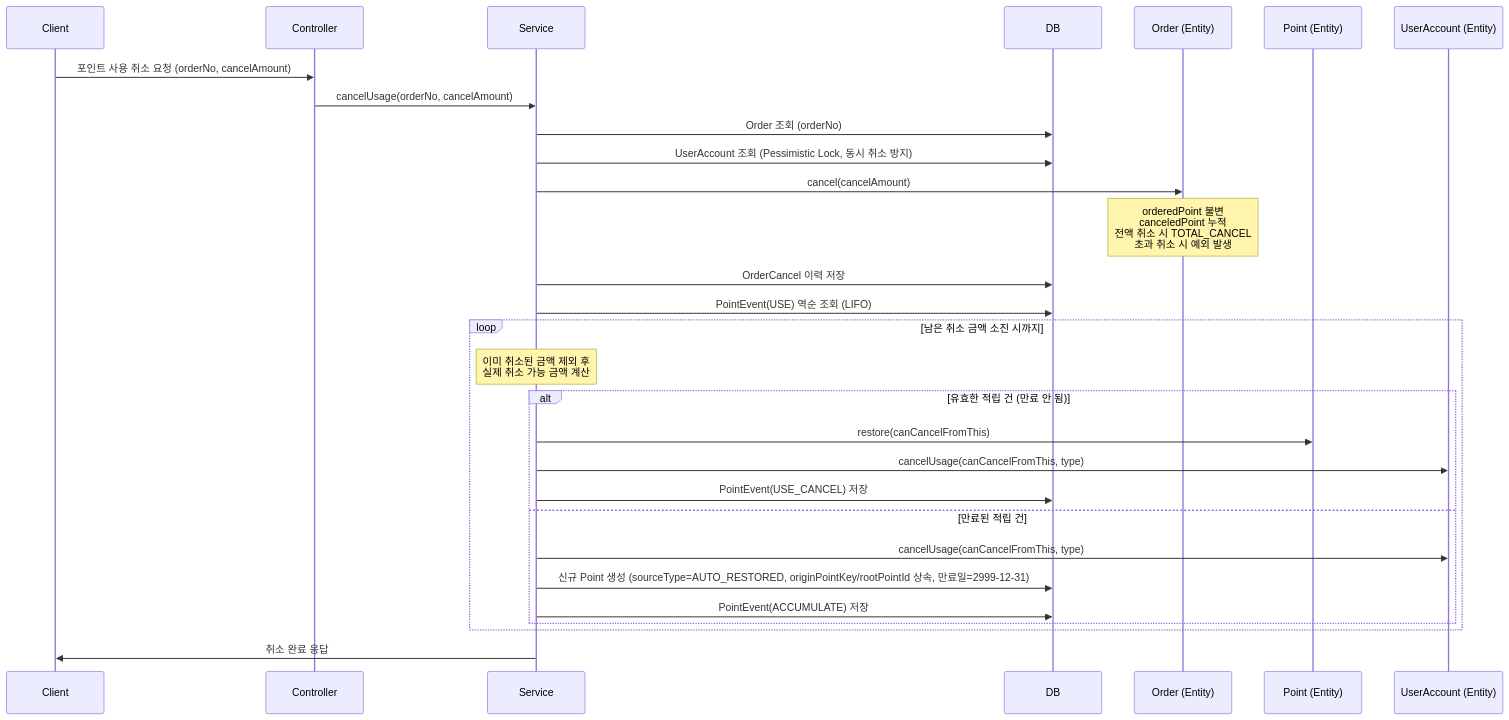
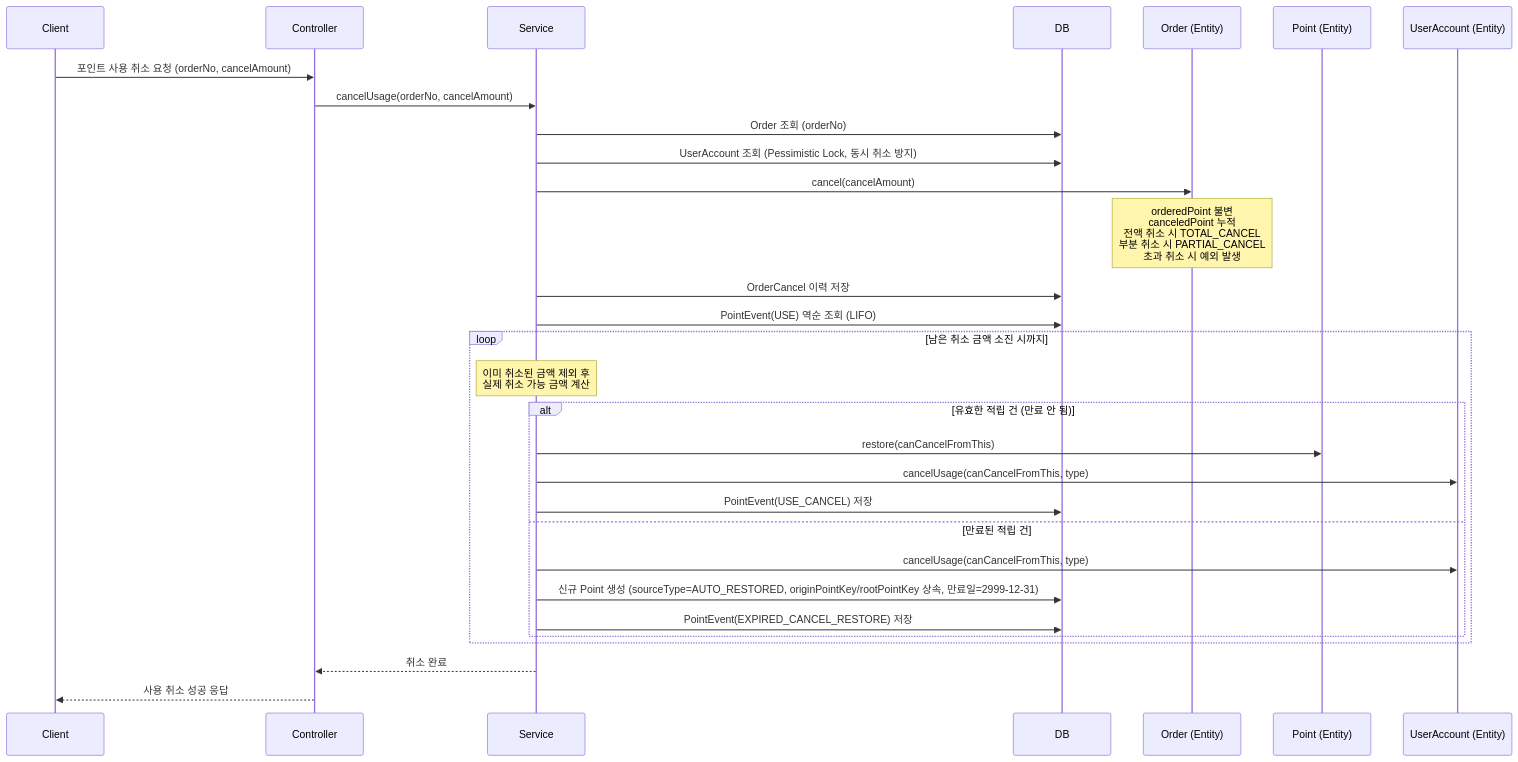
One commit to muzzaiwork/point changed the fourth of 4 diagrams in README.md. Above: the diagram before and after it, drawn with Mermaid. The commit also changed other lines of this file and 4 other files, not shown here.

Commit message:
docs: README 로직 불일치 수정 및 포인트 사용 응답에서 pointKey 제거

````diff
--- a/README.md
+++ b/README.md
@@ -540,39 +537,40 @@
 ```mermaid
 sequenceDiagram
     participant Client
     participant Controller
     participant Service
     participant DB
     participant OrderEntity as Order (Entity)
     participant PointEntity as Point (Entity)
     participant UserEntity as UserAccount (Entity)
 
     Client->>Controller: 포인트 사용 취소 요청 (orderNo, cancelAmount)
     Controller->>Service: cancelUsage(orderNo, cancelAmount)
 
     Service->>DB: Order 조회 (orderNo)
     Service->>DB: UserAccount 조회 (Pessimistic Lock, 동시 취소 방지)
 
     Service->>OrderEntity: cancel(cancelAmount)
-    Note over OrderEntity: orderedPoint 불변<br/>canceledPoint 누적<br/>전액 취소 시 TOTAL_CANCEL<br/>초과 취소 시 예외 발생
+    Note over OrderEntity: orderedPoint 불변<br/>canceledPoint 누적<br/>전액 취소 시 TOTAL_CANCEL<br/>부분 취소 시 PARTIAL_CANCEL<br/>초과 취소 시 예외 발생
 
     Service->>DB: OrderCancel 이력 저장
 
     Service->>DB: PointEvent(USE) 역순 조회 (LIFO)
 
     loop 남은 취소 금액 소진 시까지
         Note over Service: 이미 취소된 금액 제외 후<br/>실제 취소 가능 금액 계산
 
         alt 유효한 적립 건 (만료 안 됨)
             Service->>PointEntity: restore(canCancelFromThis)
             Service->>UserEntity: cancelUsage(canCancelFromThis, type)
             Service->>DB: PointEvent(USE_CANCEL) 저장
         else 만료된 적립 건
             Service->>UserEntity: cancelUsage(canCancelFromThis, type)
-            Service->>DB: 신규 Point 생성 (sourceType=AUTO_RESTORED, originPointKey/rootPointId 상속, 만료일=2999-12-31)
-            Service->>DB: PointEvent(ACCUMULATE) 저장
+            Service->>DB: 신규 Point 생성 (sourceType=AUTO_RESTORED, originPointKey/rootPointKey 상속, 만료일=2999-12-31)
+            Service->>DB: PointEvent(EXPIRED_CANCEL_RESTORE) 저장
         end
     end
 
-    Service->>Client: 취소 완료 응답
+    Service-->>Controller: 취소 완료
+    Controller-->>Client: 사용 취소 성공 응답
 ```
````
